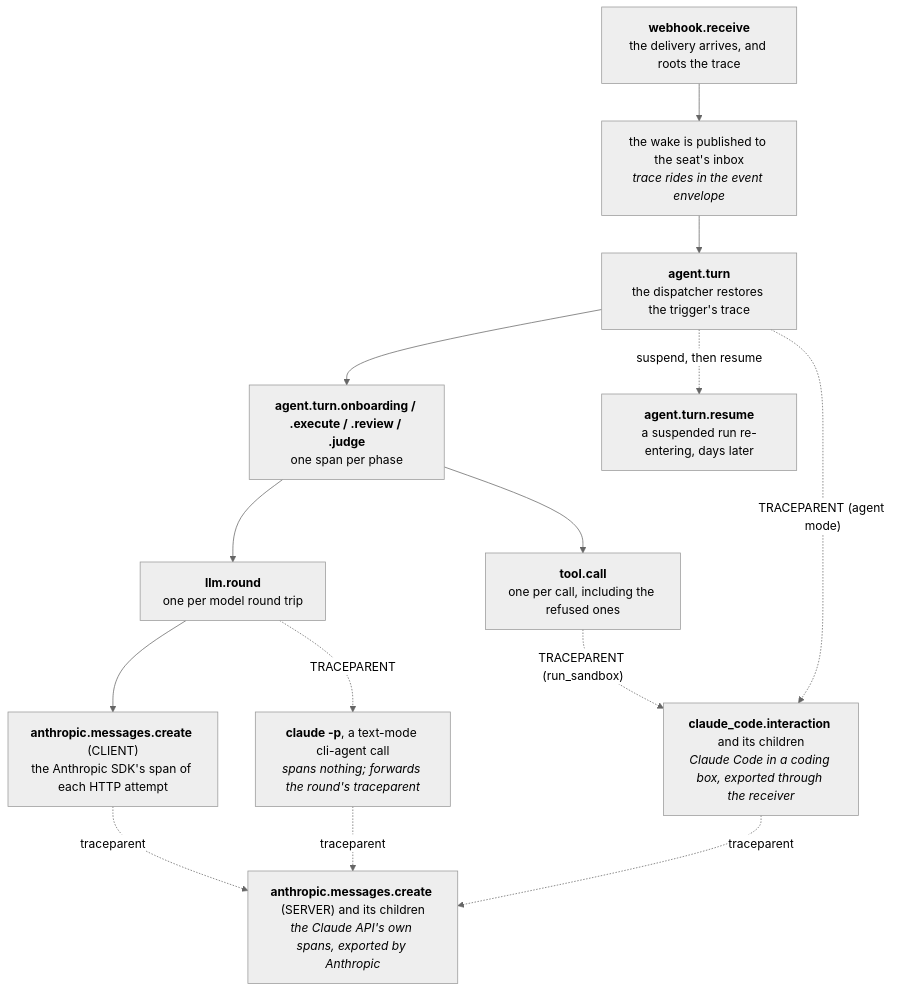
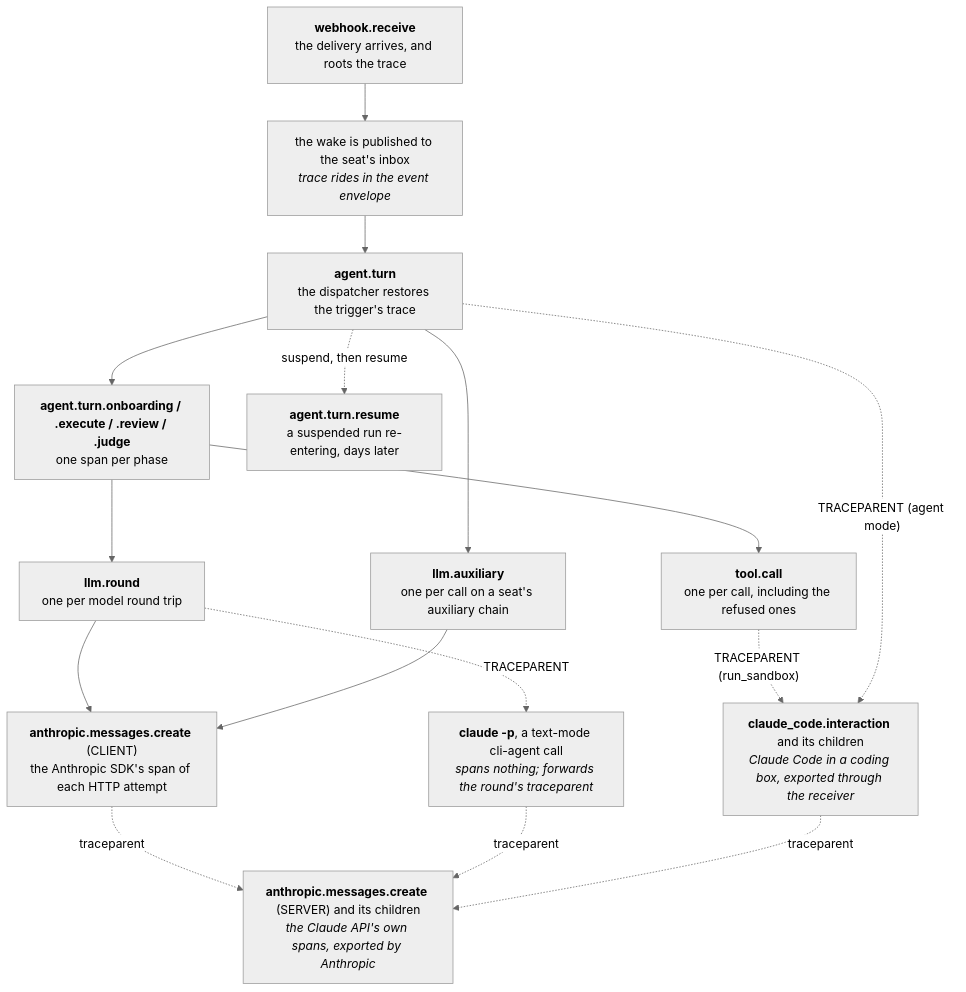
One commit to crewlet/crewlet changed the diagram in docs/guides/deployment.md. Above: the diagram before and after it, drawn with Mermaid (neutral theme). The commit also changed other lines of this file and 9 other files, not shown here.

````diff
--- a/docs/guides/deployment.md
+++ b/docs/guides/deployment.md
@@ -1218,25 +1218,28 @@
 ```mermaid
 flowchart TD
     A["<b>webhook.receive</b><br/>the delivery arrives, and roots the trace"]
     B["the wake is published to the seat's inbox<br/><i>trace rides in the event envelope</i>"]
     C["<b>agent.turn</b><br/>the dispatcher restores the trigger's trace"]
     D["<b>agent.turn.onboarding / .execute / .review / .judge</b><br/>one span per phase"]
     E["<b>llm.round</b><br/>one per model round trip"]
     F["<b>tool.call</b><br/>one per call, including the refused ones"]
     G["<b>agent.turn.resume</b><br/>a suspended run re-entering, days later"]
+    L["<b>llm.auxiliary</b><br/>one per call on a seat's auxiliary chain"]
     H["<b>anthropic.messages.create</b> (CLIENT)<br/>the Anthropic SDK's span of each HTTP attempt"]
     J["<b>claude -p</b>, a text-mode cli-agent call<br/><i>spans nothing; forwards the round's traceparent</i>"]
     K["<b>claude_code.interaction</b> and its children<br/><i>Claude Code in a coding box, exported through the receiver</i>"]
     I["<b>anthropic.messages.create</b> (SERVER) and its children<br/><i>the Claude API's own spans, exported by Anthropic</i>"]
     A --> B --> C --> D
     D --> E
     D --> F
     E --> H
+    C --> L
+    L --> H
     E -.->|"TRACEPARENT"| J
     F -.->|"TRACEPARENT (run_sandbox)"| K
     C -.->|"TRACEPARENT (agent mode)"| K
     H -.->|"traceparent"| I
     J -.->|"traceparent"| I
     K -.->|"traceparent"| I
     C -.->|"suspend, then resume"| G
 ```
````
